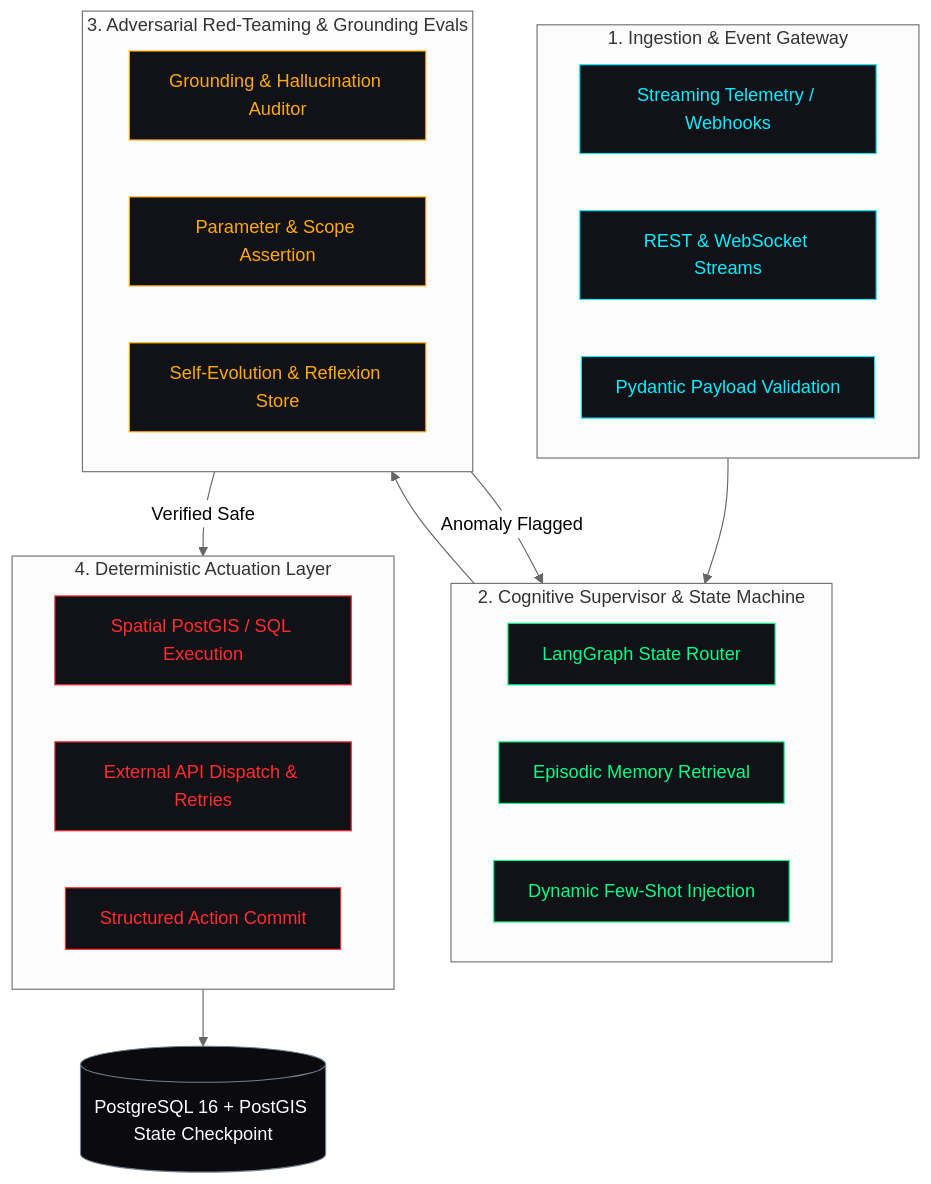
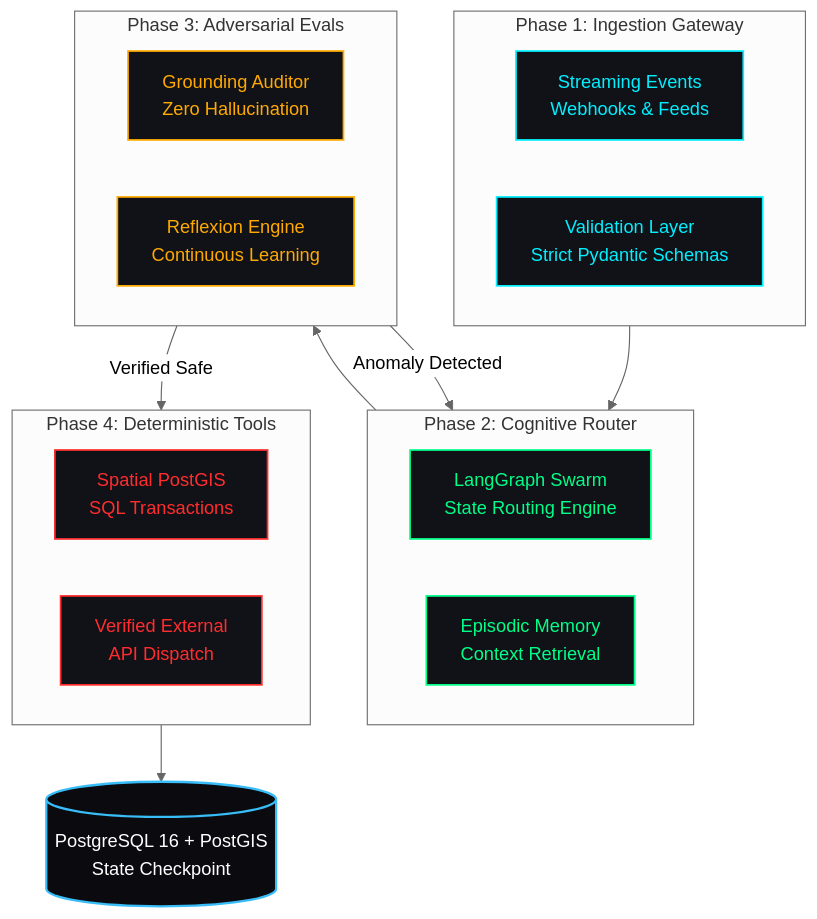
The diagram in README.md (Venomous-101/Venomous-101), drawn with Mermaid (neutral theme) before and after one commit. The commit also changed other lines of this file, not shown here.

````diff
--- a/README.md
+++ b/README.md
@@ -39,38 +47,34 @@
 ```mermaid
 flowchart TD
-    classDef gateway fill:#111118,stroke:#00f0ff,stroke-width:1px,color:#00f0ff;
-    classDef router fill:#111118,stroke:#00ff88,stroke-width:1px,color:#00ff88;
-    classDef eval fill:#111118,stroke:#ffaa00,stroke-width:1px,color:#ffaa00;
-    classDef tool fill:#111118,stroke:#ff2d2d,stroke-width:1px,color:#ff2d2d;
-    classDef state fill:#0a0a0f,stroke:#708090,stroke-width:1px,color:#ffffff;
+    classDef gw fill:#111118,stroke:#00f0ff,stroke-width:1.5px,color:#00f0ff;
+    classDef sup fill:#111118,stroke:#00ff88,stroke-width:1.5px,color:#00ff88;
+    classDef eval fill:#111118,stroke:#ffaa00,stroke-width:1.5px,color:#ffaa00;
+    classDef act fill:#111118,stroke:#ff2d2d,stroke-width:1.5px,color:#ff2d2d;
+    classDef db fill:#0a0a0f,stroke:#38bdf8,stroke-width:2px,color:#ffffff;
 
-    subgraph INGESTION ["1. Ingestion & Event Gateway"]
-        E1["Streaming Telemetry / Webhooks"]:::gateway
-        E2["REST & WebSocket Streams"]:::gateway
-        E3["Pydantic Payload Validation"]:::gateway
+    subgraph S1 ["Phase 1: Ingestion Gateway"]
+        N1["Streaming Events<br/>Webhooks & Feeds"]:::gw
+        N2["Validation Layer<br/>Strict Pydantic Schemas"]:::gw
     end
 
-    subgraph SUPERVISOR ["2. Cognitive Supervisor & State Machine"]
-        S1["LangGraph State Router"]:::router
-        S2["Episodic Memory Retrieval"]:::router
-        S3["Dynamic Few-Shot Injection"]:::router
+    subgraph S2 ["Phase 2: Cognitive Router"]
+        N3["LangGraph Swarm<br/>State Routing Engine"]:::sup
+        N4["Episodic Memory<br/>Context Retrieval"]:::sup
     end
 
-    subgraph AUDIT ["3. Adversarial Red-Teaming & Grounding Evals"]
-        V1["Grounding & Hallucination Auditor"]:::eval
-        V2["Parameter & Scope Assertion"]:::eval
-        V3["Self-Evolution & Reflexion Store"]:::eval
+    subgraph S3 ["Phase 3: Adversarial Evals"]
+        N5["Grounding Auditor<br/>Zero Hallucination"]:::eval
+        N6["Reflexion Engine<br/>Continuous Learning"]:::eval
     end
 
-    subgraph ACTUATION ["4. Deterministic Actuation Layer"]
-        T1["Spatial PostGIS / SQL Execution"]:::tool
-        T2["External API Dispatch & Retries"]:::tool
-        T3["Structured Action Commit"]:::tool
+    subgraph S4 ["Phase 4: Deterministic Tools"]
+        N7["Spatial PostGIS<br/>SQL Transactions"]:::act
+        N8["Verified External<br/>API Dispatch"]:::act
     end
 
-    INGESTION --> SUPERVISOR
-    SUPERVISOR --> AUDIT
-    AUDIT -->|Verified Safe| ACTUATION
-    AUDIT -->|Anomaly Flagged| SUPERVISOR
-    ACTUATION --> STATE[("PostgreSQL 16 + PostGIS State Checkpoint")]:::state
+    S1 --> S2
+    S2 --> S3
+    S3 -->|Verified Safe| S4
+    S3 -->|Anomaly Detected| S2
+    S4 --> DB[("PostgreSQL 16 + PostGIS<br/>State Checkpoint")]:::db
 ```
````
